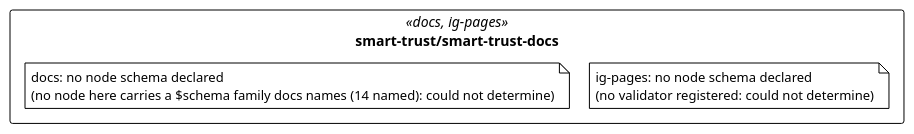
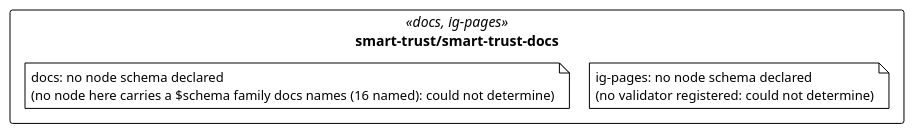
One commit to litlfred/cat-harness changed the diagram in uml/overview/smart-trust/smart-trust-docs.puml. Above: the diagram before and after it, drawn with PlantUML. The commit also changed 404 other files, not shown here.

```diff
--- a/uml/overview/smart-trust/smart-trust-docs.puml
+++ b/uml/overview/smart-trust/smart-trust-docs.puml
@@ -3,14 +3,14 @@
 @startuml smart_trust_smart_trust_docs
 !pragma layout elk
 !theme plain
 skinparam classAttributeIconSize 0
 skinparam shadowing false
 skinparam packageStyle rectangle
 hide empty methods
 
 package "smart-trust/smart-trust-docs" as pkg_smart_trust_smart_trust_docs <<docs, ig-pages>> {
-  note "docs: no node schema declared\n(no node here carries a $schema family docs names (14 named): could not determine)" as n_smart_trust_smart_trust_docs_docs
+  note "docs: no node schema declared\n(no node here carries a $schema family docs names (16 named): could not determine)" as n_smart_trust_smart_trust_docs_docs
   note "ig-pages: no node schema declared\n(no validator registered: could not determine)" as n_smart_trust_smart_trust_docs_ig_pages
 }
 
 @enduml
```
